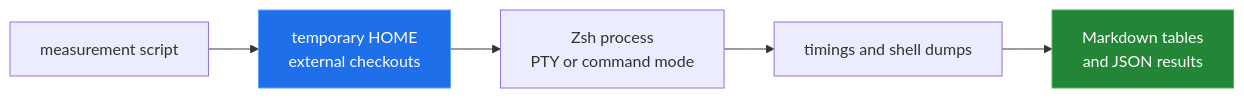
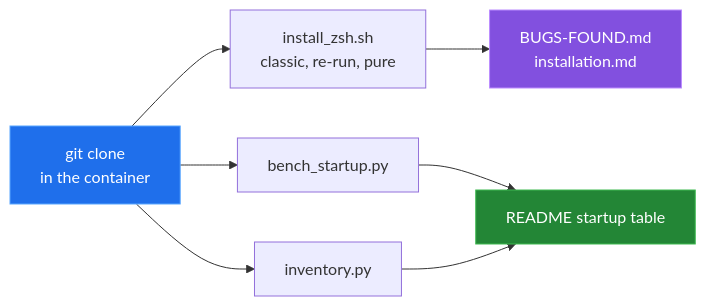
One commit to Bissbert/zsh.dotfiles changed the diagram in docs/measurement.md. Above: the diagram before and after it, drawn with Mermaid. The commit also changed other lines of this file and 10 other files, not shown here.

````diff
--- a/docs/measurement.md
+++ b/docs/measurement.md
@@ -10,10 +20,13 @@
 ```mermaid
 flowchart LR
-    A["measurement script"] --> B["temporary HOME<br/>external checkouts"]
-    B --> C["Zsh process<br/>PTY or command mode"]
-    C --> D["timings and shell dumps"]
-    D --> E["Markdown tables<br/>and JSON results"]
+    A["git clone<br/>in the container"] --> B["install_zsh.sh<br/>classic, re-run, pure"]
+    A --> C["bench_startup.py"]
+    A --> D["inventory.py"]
+    B --> E["BUGS-FOUND.md<br/>installation.md"]
+    C --> F["README startup table"]
+    D --> F
 
-    style B fill:#1f6feb,stroke:#58a6ff,color:#fff
-    style E fill:#238636,stroke:#3fb950,color:#fff
+    style A fill:#1f6feb,stroke:#58a6ff,color:#fff
+    style E fill:#8250df,stroke:#bc8cff,color:#fff
+    style F fill:#238636,stroke:#3fb950,color:#fff
 ```
````
